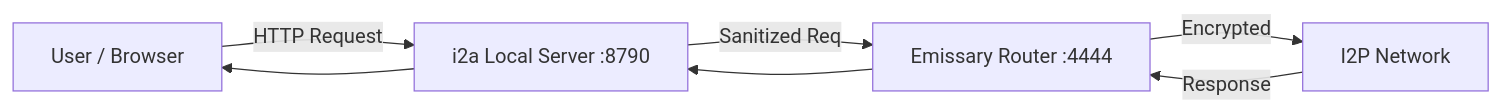
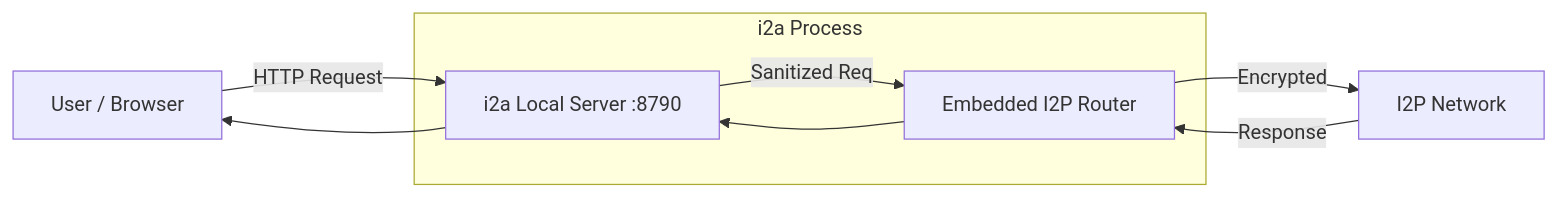
The diagram in Readme.md (Arvinreza/i2a), drawn with Mermaid before and after one commit. The commit also changed other lines of this file, not shown here.

````diff
--- a/Readme.md
+++ b/Readme.md
@@ -62,9 +73,11 @@
 ```mermaid
 graph LR
     User[User / Browser] -- HTTP Request --> I2A[i2a Local Server :8790]
-    I2A -- Sanitized Req --> Emissary[Emissary Router :4444]
+    subgraph "i2a Process"
+        I2A -- Sanitized Req --> Emissary[Embedded I2P Router]
+    end
     Emissary -- Encrypted --> I2P[I2P Network]
     I2P -- Response --> Emissary
     Emissary --> I2A
     I2A --> User
 ```
````
